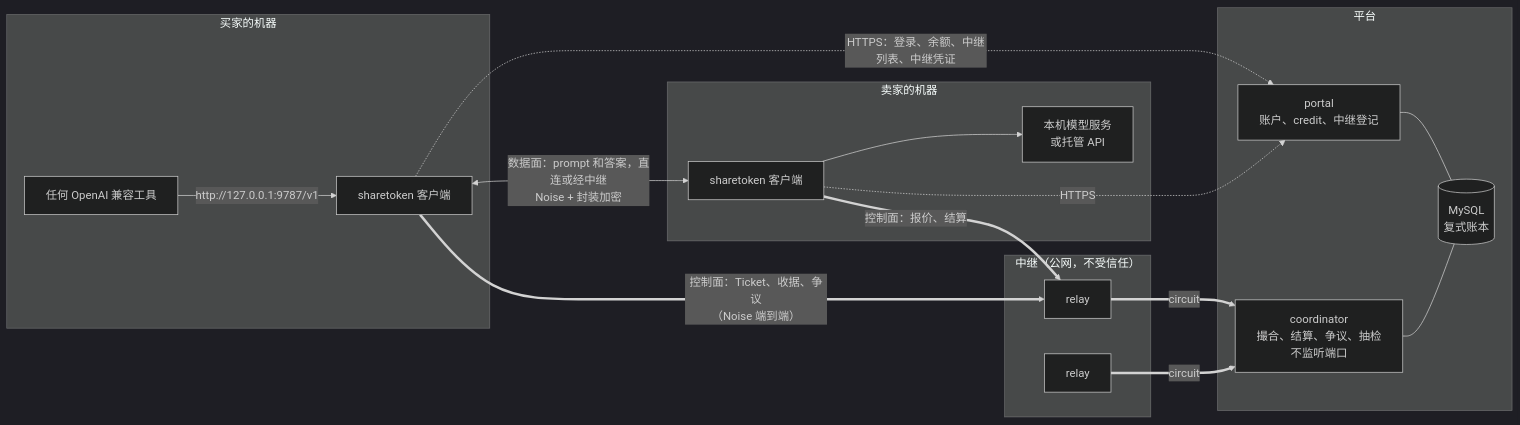
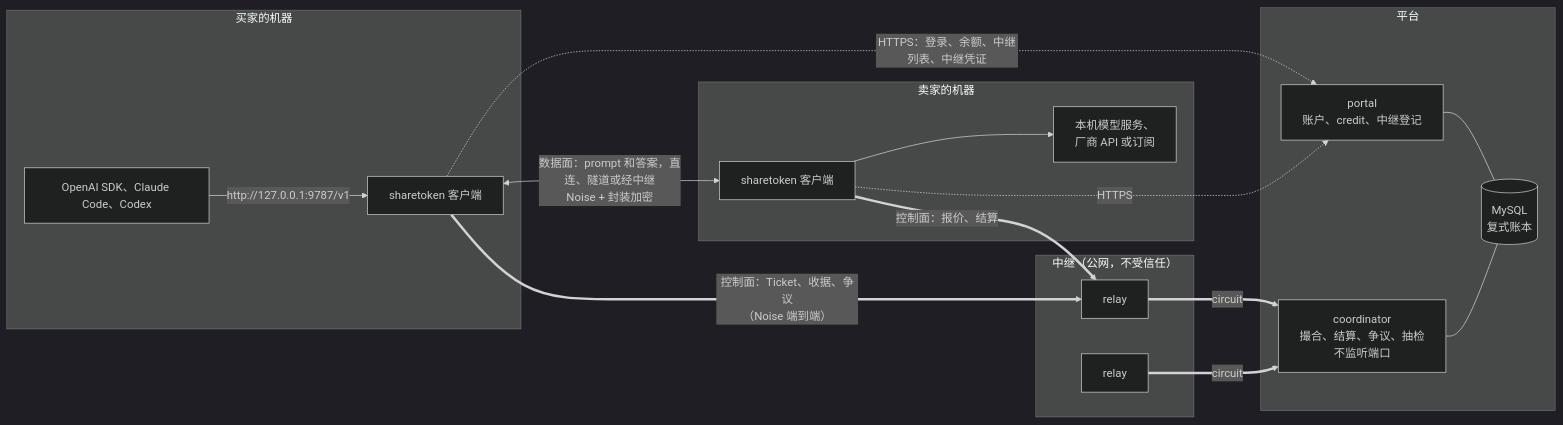
Before and after one commit to Lingerhk/sharetoken: the diagram in README.zh-CN.md, drawn with Mermaid (dark theme). The commit also changed other lines of this file and 17 other files, not shown here.

````diff
--- a/README.zh-CN.md
+++ b/README.zh-CN.md
@@ -28,28 +28,28 @@
 ```mermaid
 flowchart LR
     subgraph U1["买家的机器"]
-        App["任何 OpenAI 兼容工具"] -->|"http://127.0.0.1:9787/v1"| C1["sharetoken 客户端"]
+        App["OpenAI SDK、Claude Code、Codex"] -->|"http://127.0.0.1:9787/v1"| C1["sharetoken 客户端"]
     end
     subgraph U2["卖家的机器"]
-        C2["sharetoken 客户端"] --> M["本机模型服务<br/>或托管 API"]
+        C2["sharetoken 客户端"] --> M["本机模型服务、<br/>厂商 API 或订阅"]
     end
     subgraph Net["中继（公网，不受信任）"]
         R1["relay"]
         R2["relay"]
     end
     subgraph Plat["平台"]
         P["portal<br/>账户、credit、中继登记"]
         CO["coordinator<br/>撮合、结算、争议、抽检<br/>不监听端口"]
         DB[("MySQL<br/>复式账本")]
         P --- DB
         CO --- DB
     end
 
     C1 -. "HTTPS：登录、余额、中继列表、中继凭证" .-> P
     C2 -. "HTTPS" .-> P
     C1 == "控制面：Ticket、收据、争议<br/>（Noise 端到端）" ==> R1
     C2 == "控制面：报价、结算" ==> R1
     R1 == "circuit" ==> CO
     R2 == "circuit" ==> CO
-    C1 <-->|"数据面：prompt 和答案，直连或经中继<br/>Noise + 封装加密"| C2
+    C1 <-->|"数据面：prompt 和答案，直连、隧道或经中继<br/>Noise + 封装加密"| C2
 ```
````
